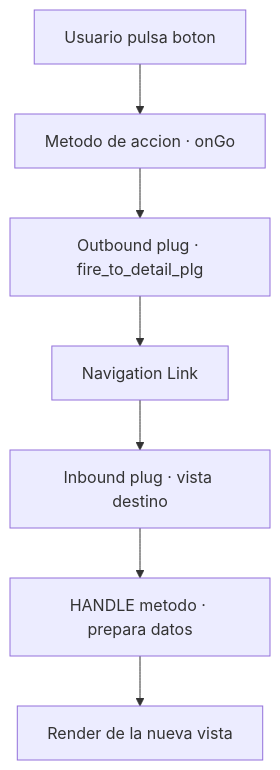
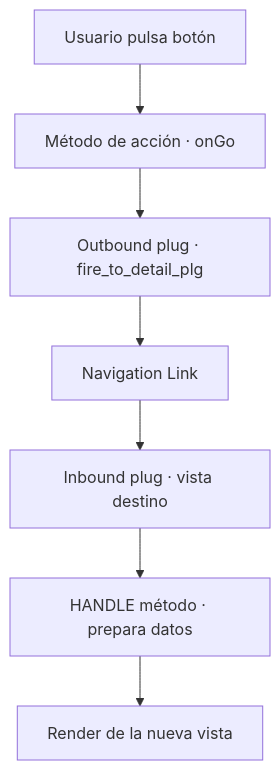
One commit to logalitech/blog-content changed the diagram in es/wd-eventos-acciones-navegacion.mdx. Above: the diagram before and after it, drawn with Mermaid. The commit also changed other lines of this file and 49 other files, not shown here.

````diff
--- a/es/wd-eventos-acciones-navegacion.mdx
+++ b/es/wd-eventos-acciones-navegacion.mdx
@@ -23,9 +23,9 @@
 ```mermaid
 flowchart TD
-  CLK["Usuario pulsa boton"] --> ACT["Metodo de accion · onGo"]
+  CLK["Usuario pulsa botón"] --> ACT["Método de acción · onGo"]
   ACT --> OP["Outbound plug · fire_to_detail_plg"]
   OP --> NL["Navigation Link"]
   NL --> IP["Inbound plug · vista destino"]
-  IP --> H["HANDLE metodo · prepara datos"]
+  IP --> H["HANDLE método · prepara datos"]
   H --> R["Render de la nueva vista"]
 ```
````
